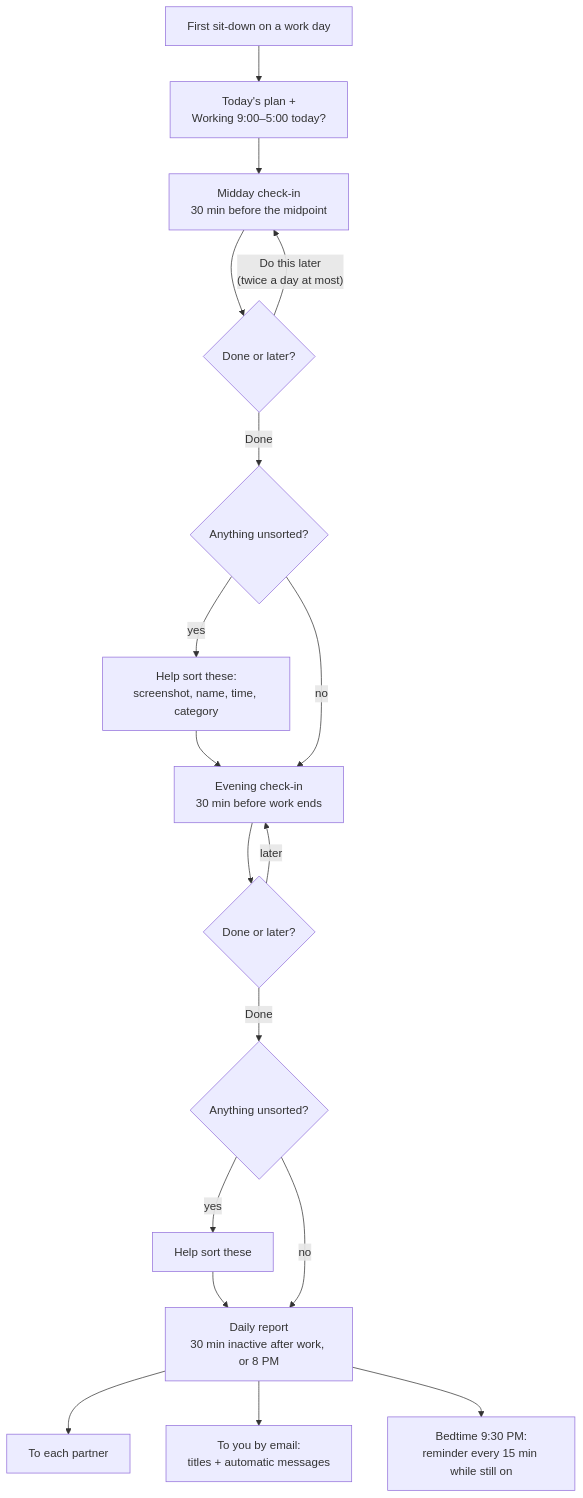
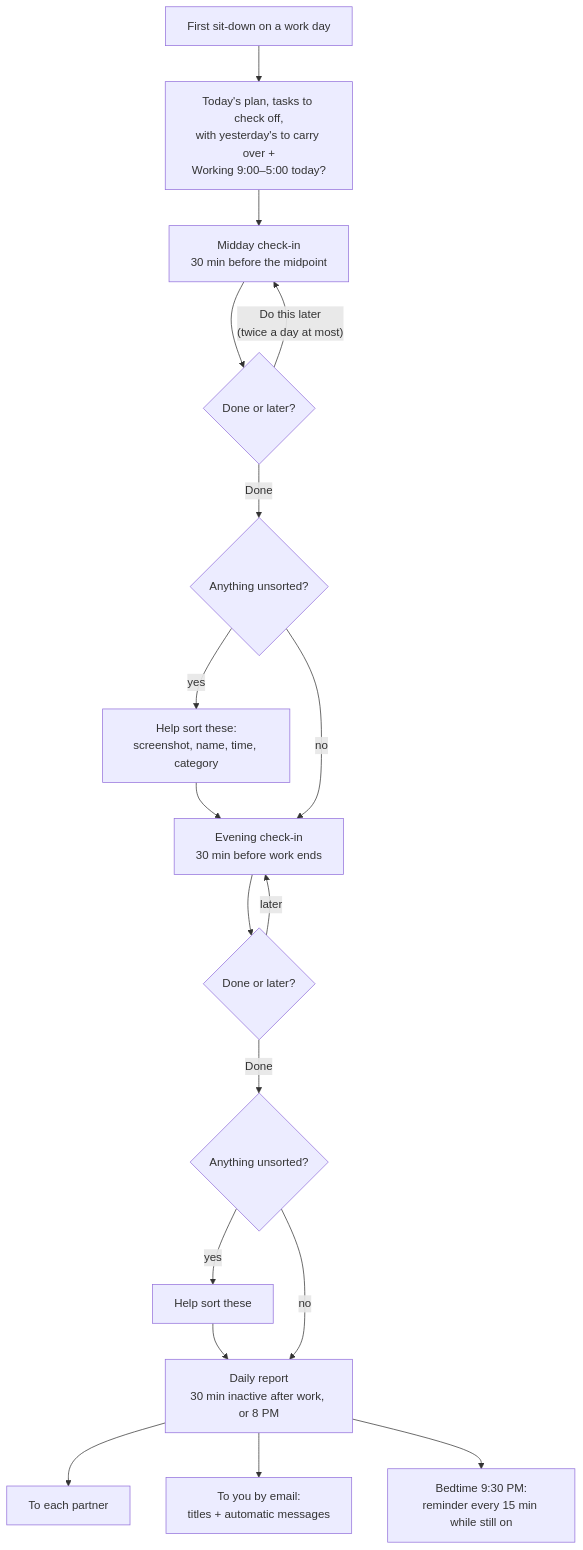
Before and after one commit to hodapp512/ontask: the fourth of 7 diagrams in docs/FLOWS.md, drawn with Mermaid. The commit also changed other lines of this file and 23 other files, not shown here.

Commit message:
Today's plan as tasks to check off, on every screen and nudge; yesterday's plan to carry over

````diff
--- a/docs/FLOWS.md
+++ b/docs/FLOWS.md
@@ -148,18 +148,18 @@
 ```mermaid
 flowchart TD
-    D[First sit-down on a work day] --> P[Today's plan +<br/>Working 9:00–5:00 today?]
+    D[First sit-down on a work day] --> P[Today's plan, tasks to check off,<br/>with yesterday's to carry over +<br/>Working 9:00–5:00 today?]
     P --> M[Midday check-in<br/>30 min before the midpoint]
     M --> MS{Done or later?}
     MS -- "Do this later<br/>(twice a day at most)" --> M
     MS -- Done --> H1{Anything unsorted?}
     H1 -- yes --> SORT1[Help sort these:<br/>screenshot, name, time, category] --> E
     H1 -- no --> E
     E[Evening check-in<br/>30 min before work ends] --> ES{Done or later?}
     ES -- later --> E
     ES -- Done --> H2{Anything unsorted?}
     H2 -- yes --> SORT2[Help sort these] --> R
     H2 -- no --> R
     R[Daily report<br/>30 min inactive after work, or 8 PM] --> PART[To each partner]
     R --> ME[To you by email:<br/>titles + automatic messages]
     R --> B[Bedtime 9:30 PM:<br/>reminder every 15 min while still on]
 ```
````
